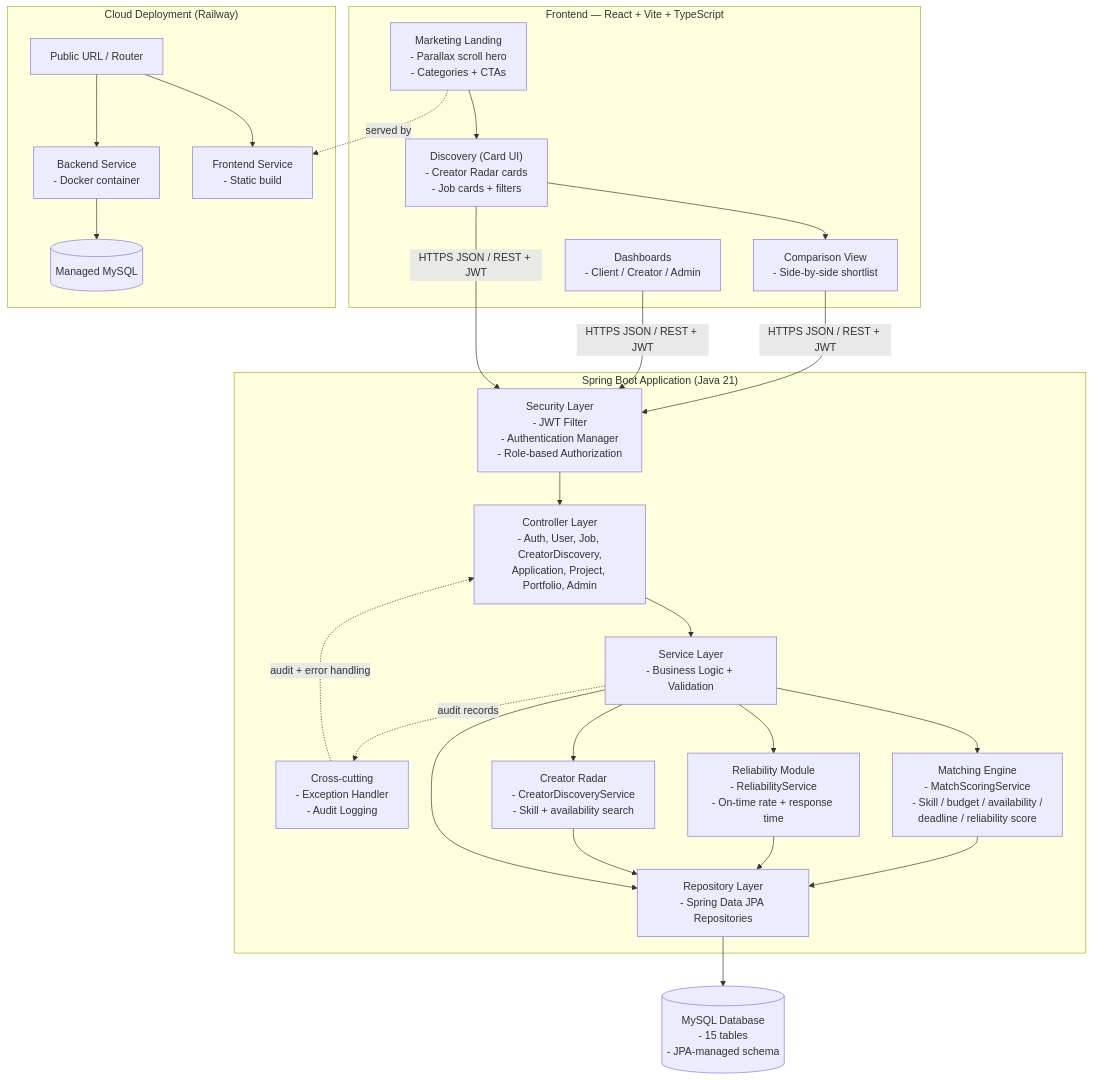
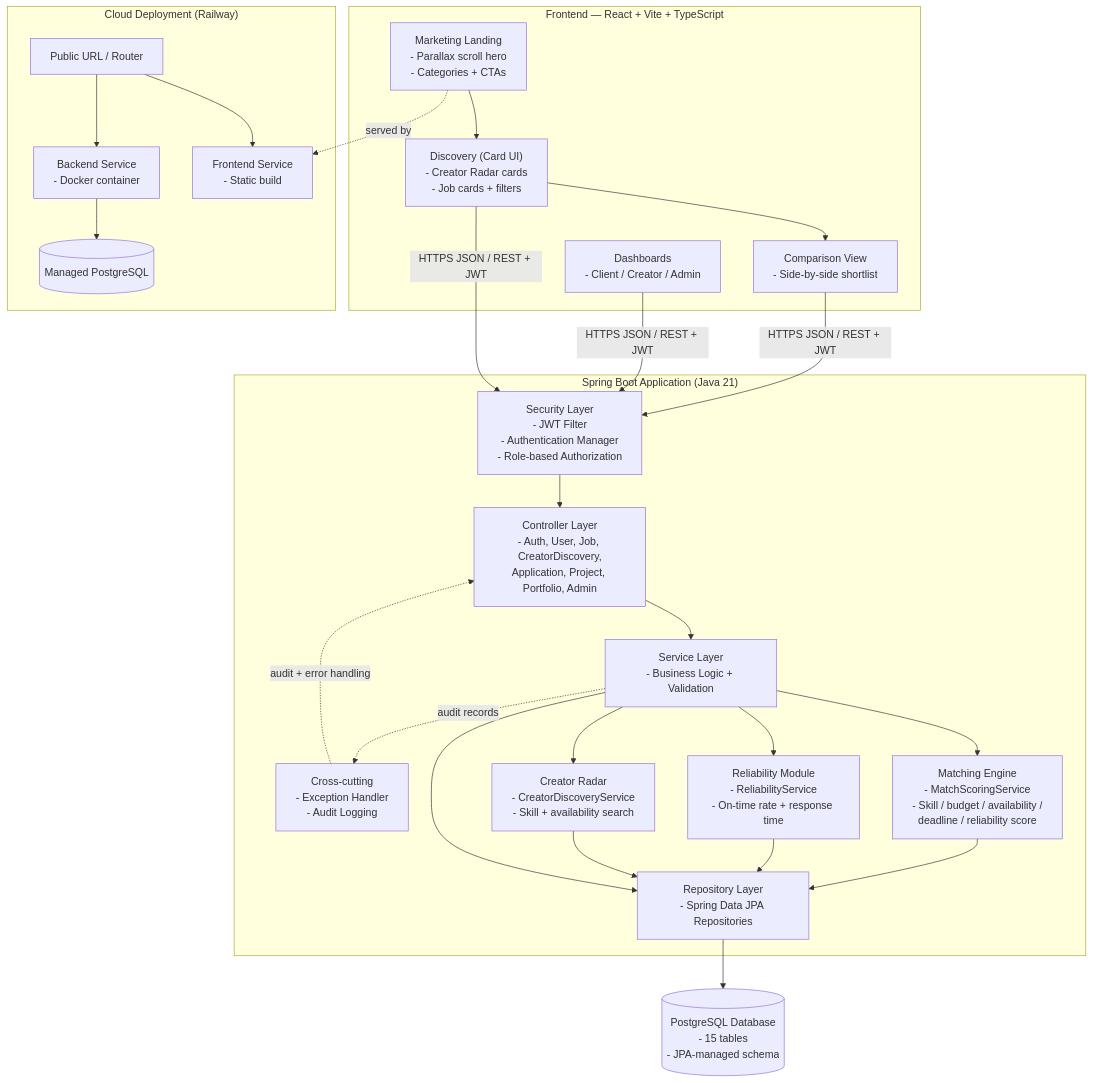
Before and after one commit to hanush301102-sudo/capstone: the diagram in system-architecture.md, drawn with Mermaid. The commit also changed 10 other files, not shown here.

Commit message:
feat(backend): switch prod database from MySQL to PostgreSQL

````diff
--- a/system-architecture.md
+++ b/system-architecture.md
@@ -5,51 +5,51 @@
 ```mermaid
 flowchart TB
     subgraph FRONTEND["Frontend — React + Vite + TypeScript"]
         LANDING["Marketing Landing\n- Parallax scroll hero\n- Categories + CTAs"]
         MARKET["Discovery (Card UI)\n- Creator Radar cards\n- Job cards + filters"]
         COMPARE["Comparison View\n- Side-by-side shortlist"]
         DASH["Dashboards\n- Client / Creator / Admin"]
     end
 
     subgraph BACKEND["Spring Boot Application (Java 21)"]
         SEC["Security Layer\n- JWT Filter\n- Authentication Manager\n- Role-based Authorization"]
         CTRL["Controller Layer\n- Auth, User, Job, CreatorDiscovery,\nApplication, Project, Portfolio, Admin"]
         SVC["Service Layer\n- Business Logic + Validation"]
         MATCH["Matching Engine\n- MatchScoringService\n- Skill / budget / availability /\ndeadline / reliability score"]
         REL["Reliability Module\n- ReliabilityService\n- On-time rate + response time"]
         RADAR["Creator Radar\n- CreatorDiscoveryService\n- Skill + availability search"]
         REPO["Repository Layer\n- Spring Data JPA Repositories"]
         XCUT["Cross-cutting\n- Exception Handler\n- Audit Logging"]
     end
 
-    DB[("MySQL Database\n- 15 tables\n- JPA-managed schema")]
+    DB[("PostgreSQL Database\n- 15 tables\n- JPA-managed schema")]
 
     LANDING --> MARKET
     MARKET --> COMPARE
     MARKET -->|"HTTPS JSON / REST + JWT"| SEC
     COMPARE -->|"HTTPS JSON / REST + JWT"| SEC
     DASH -->|"HTTPS JSON / REST + JWT"| SEC
     SEC --> CTRL
     CTRL --> SVC
     SVC --> MATCH
     SVC --> REL
     SVC --> RADAR
     MATCH --> REPO
     REL --> REPO
     RADAR --> REPO
     SVC --> REPO
     REPO --> DB
     XCUT -.->|"audit + error handling"| CTRL
     SVC -.->|"audit records"| XCUT
 
     subgraph CLOUD["Cloud Deployment (Railway)"]
         FE["Frontend Service\n- Static build"]
         BE["Backend Service\n- Docker container"]
-        MYSQL[("Managed MySQL")]
+        PG[("Managed PostgreSQL")]
         LB["Public URL / Router"]
     end
     LANDING -.->|"served by"| FE
-    BE --> MYSQL
+    BE --> PG
     LB --> FE
     LB --> BE
 ```
````
